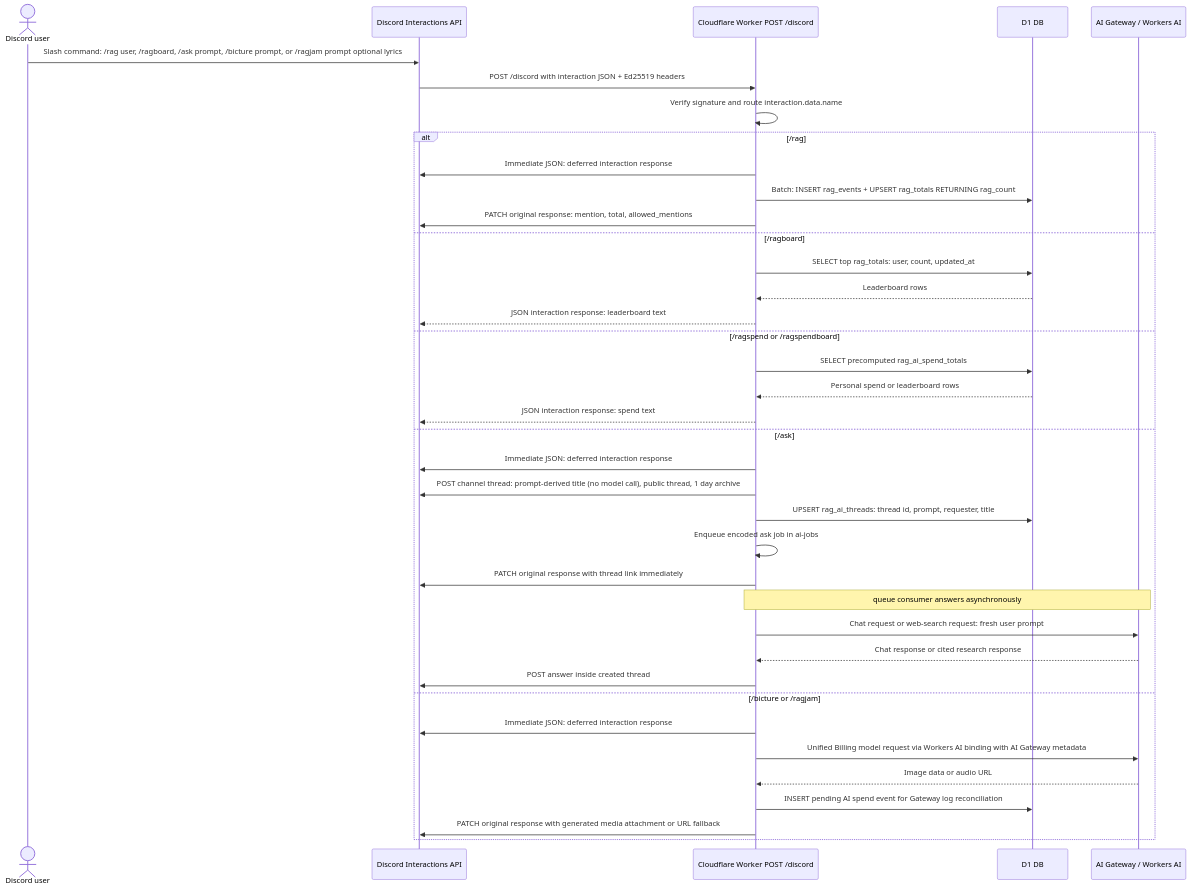
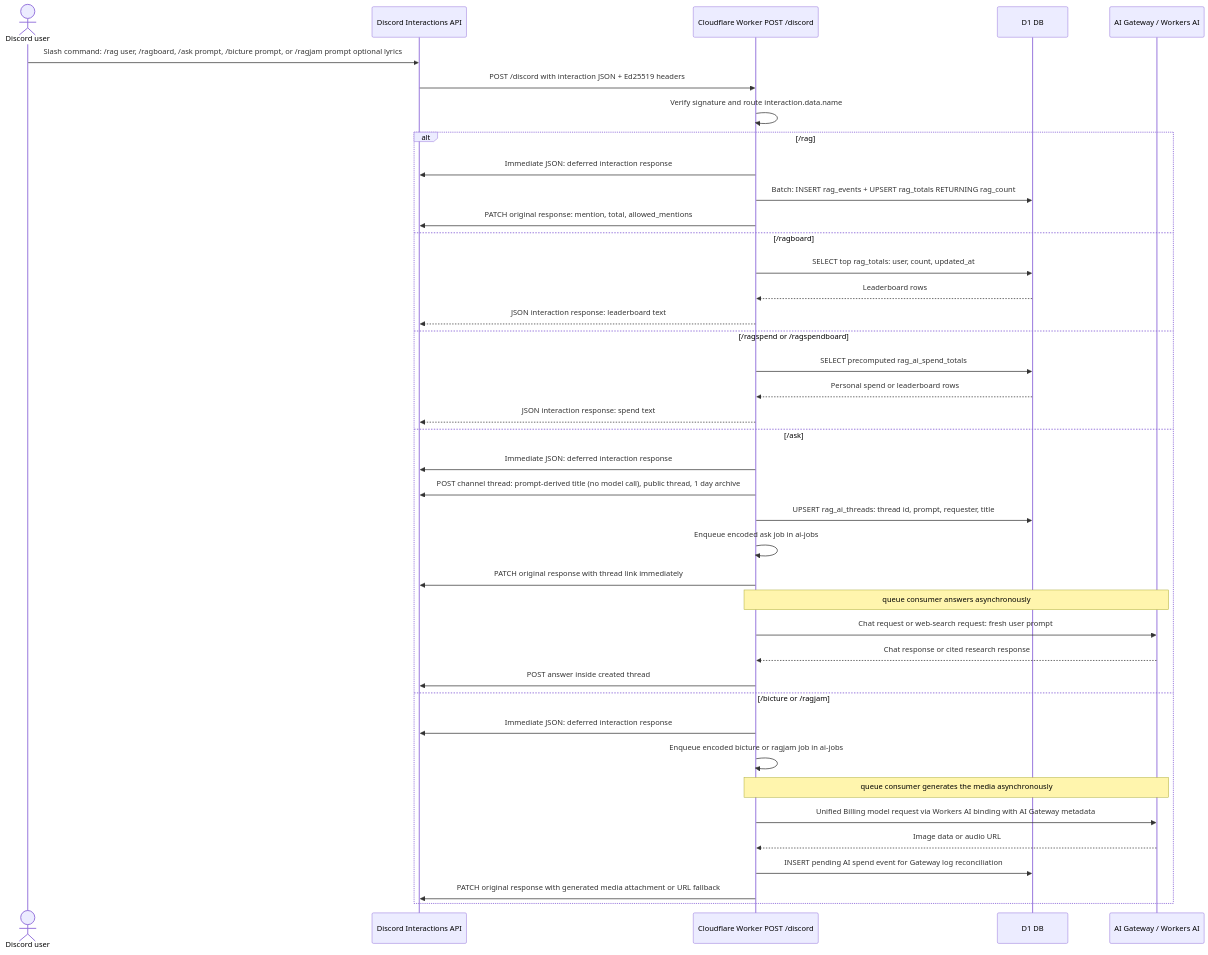
The second of 3 diagrams in README.md (jackm43/rag), drawn with Mermaid before and after one commit. The commit also changed other lines of this file and 9 other files, not shown here.

First line of the commit message:
Move /bicture generation onto the AI jobs queue

````diff
--- a/README.md
+++ b/README.md
@@ -56,42 +56,44 @@
 ```mermaid
 sequenceDiagram
   actor User as Discord user
   participant Discord as Discord Interactions API
   participant Worker as Cloudflare Worker POST /discord
   participant DB as D1 DB
   participant AI as AI Gateway / Workers AI
 
   User->>Discord: Slash command: /rag user, /ragboard, /ask prompt, /bicture prompt, or /ragjam prompt optional lyrics
   Discord->>Worker: POST /discord with interaction JSON + Ed25519 headers
   Worker->>Worker: Verify signature and route interaction.data.name
 
   alt /rag
     Worker->>Discord: Immediate JSON: deferred interaction response
     Worker->>DB: Batch: INSERT rag_events + UPSERT rag_totals RETURNING rag_count
     Worker->>Discord: PATCH original response: mention, total, allowed_mentions
   else /ragboard
     Worker->>DB: SELECT top rag_totals: user, count, updated_at
     DB-->>Worker: Leaderboard rows
     Worker-->>Discord: JSON interaction response: leaderboard text
   else /ragspend or /ragspendboard
     Worker->>DB: SELECT precomputed rag_ai_spend_totals
     DB-->>Worker: Personal spend or leaderboard rows
     Worker-->>Discord: JSON interaction response: spend text
   else /ask
     Worker->>Discord: Immediate JSON: deferred interaction response
     Worker->>Discord: POST channel thread: prompt-derived title (no model call), public thread, 1 day archive
     Worker->>DB: UPSERT rag_ai_threads: thread id, prompt, requester, title
     Worker->>Worker: Enqueue encoded ask job in ai-jobs
     Worker->>Discord: PATCH original response with thread link immediately
     Note over Worker,AI: queue consumer answers asynchronously
     Worker->>AI: Chat request or web-search request: fresh user prompt
     AI-->>Worker: Chat response or cited research response
     Worker->>Discord: POST answer inside created thread
   else /bicture or /ragjam
     Worker->>Discord: Immediate JSON: deferred interaction response
+    Worker->>Worker: Enqueue encoded bicture or ragjam job in ai-jobs
+    Note over Worker,AI: queue consumer generates the media asynchronously
     Worker->>AI: Unified Billing model request via Workers AI binding with AI Gateway metadata
     AI-->>Worker: Image data or audio URL
     Worker->>DB: INSERT pending AI spend event for Gateway log reconciliation
     Worker->>Discord: PATCH original response with generated media attachment or URL fallback
   end
 ```
````
